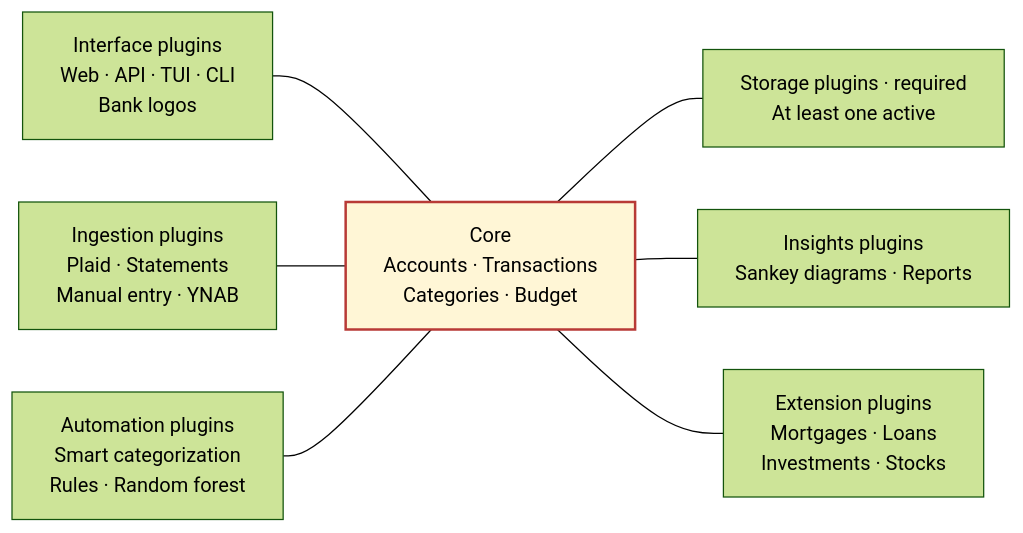
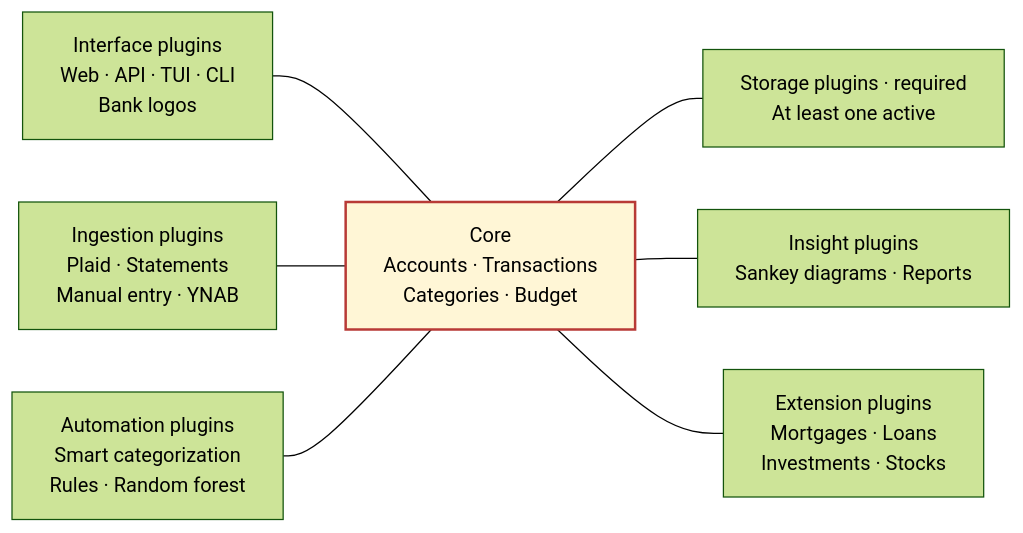
One commit to Fillll/whab changed the diagram in README.md. Above: the diagram before and after it, drawn with Mermaid (forest theme). The commit also changed other lines of this file and 79 other files, not shown here.

````diff
--- a/README.md
+++ b/README.md
@@ -23,13 +23,13 @@
 ```mermaid
 flowchart LR
-    Interfaces["Interface plugins<br/>Web · API · TUI · CLI<br/>Bank logos"] --- Core
+    Interface["Interface plugins<br/>Web · API · TUI · CLI<br/>Bank logos"] --- Core
     Ingestion["Ingestion plugins<br/>Plaid · Statements<br/>Manual entry · YNAB"] --- Core
     Automation["Automation plugins<br/>Smart categorization<br/>Rules · Random forest"] --- Core
 
     Core["Core<br/>Accounts · Transactions<br/>Categories · Budget"] --- Storage["Storage plugins · required<br/>At least one active"]
-    Core --- Insights["Insights plugins<br/>Sankey diagrams · Reports"]
-    Core --- Extensions["Extension plugins<br/>Mortgages · Loans<br/>Investments · Stocks"]
+    Core --- Insight["Insight plugins<br/>Sankey diagrams · Reports"]
+    Core --- Extension["Extension plugins<br/>Mortgages · Loans<br/>Investments · Stocks"]
 
     classDef domain fill:#fff6d6,stroke:#b83a36,stroke-width:2px
     class Core domain
 ```
````
